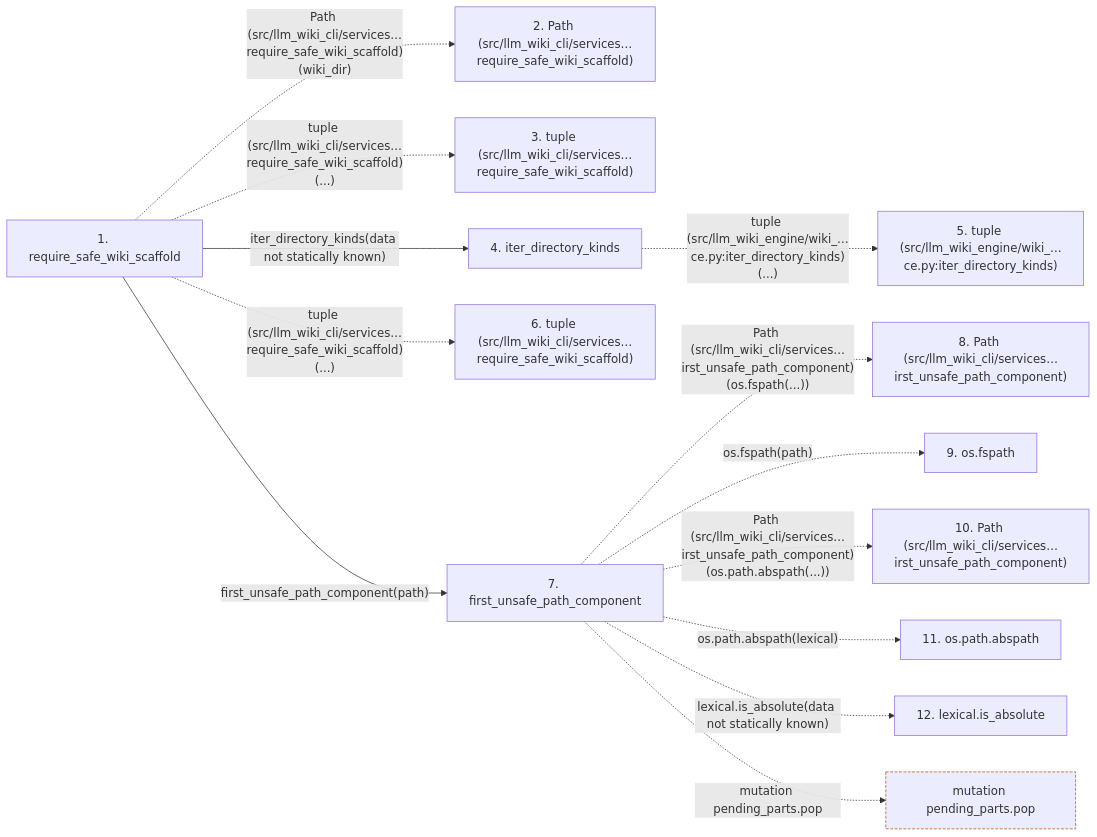
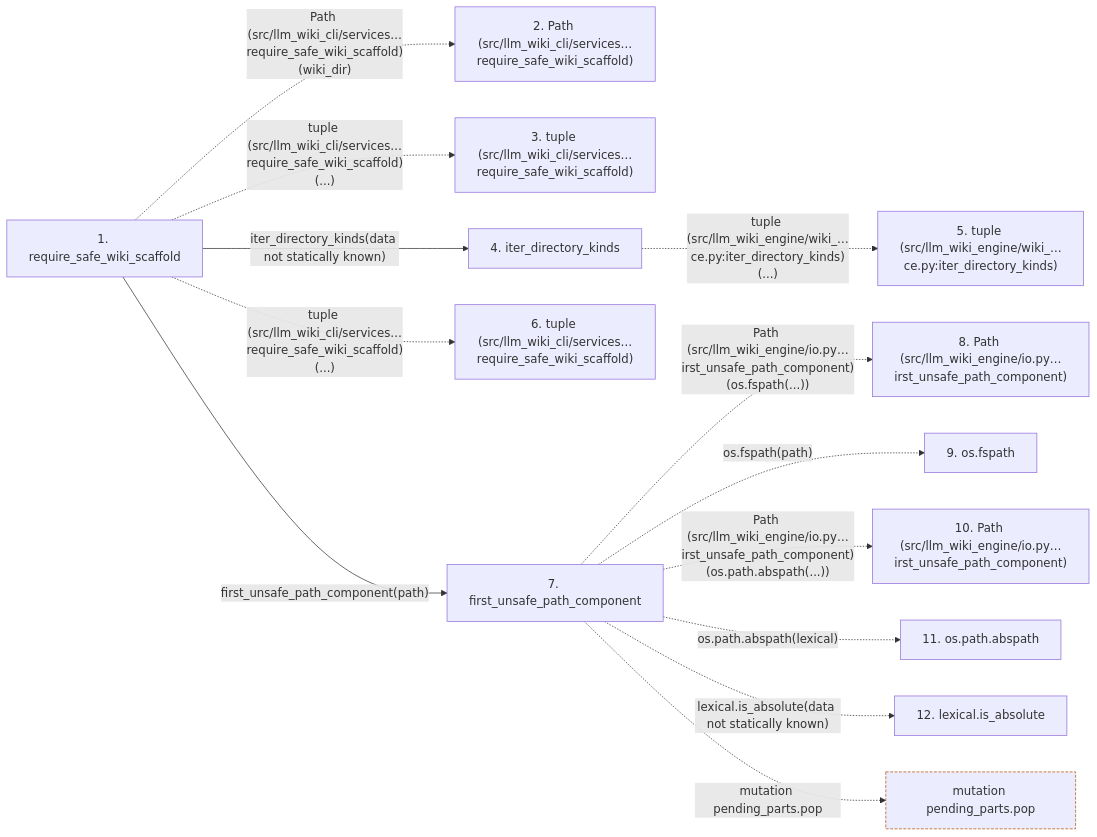
Before and after one commit to Denissvgn/python-wiki-llm: the second of 2 diagrams in docs/llm_wiki/flows/api-require_safe_wiki_scaffold.md, drawn with Mermaid. The commit also changed other lines of this file and 739 other files, not shown here.

First line of the commit message:
docs: refresh the wiki for the second engine batch

````diff
--- a/docs/llm_wiki/flows/api-require_safe_wiki_scaffold.md
+++ b/docs/llm_wiki/flows/api-require_safe_wiki_scaffold.md
@@ -115,33 +115,33 @@
 ```mermaid
 flowchart LR
     s1["1. require_safe_wiki_scaffold"]
     s2["2. Path (src/llm_wiki_cli/services…require_safe_wiki_scaffold)"]
     s3["3. tuple (src/llm_wiki_cli/services…require_safe_wiki_scaffold)"]
     s4["4. iter_directory_kinds"]
     s5["5. tuple (src/llm_wiki_engine/wiki_…ce.py:iter_directory_kinds)"]
     s6["6. tuple (src/llm_wiki_cli/services…require_safe_wiki_scaffold)"]
     s7["7. first_unsafe_path_component"]
-    s8["8. Path (src/llm_wiki_cli/services…irst_unsafe_path_component)"]
+    s8["8. Path (src/llm_wiki_engine/io.py…irst_unsafe_path_component)"]
     s9["9. os.fspath"]
-    s10["10. Path (src/llm_wiki_cli/services…irst_unsafe_path_component)"]
+    s10["10. Path (src/llm_wiki_engine/io.py…irst_unsafe_path_component)"]
     s11["11. os.path.abspath"]
     s12["12. lexical.is_absolute"]
     s1 -. "Path (src/llm_wiki_cli/services…require_safe_wiki_scaffold)(wiki_dir)" .-> s2
     s1 -. "tuple (src/llm_wiki_cli/services…require_safe_wiki_scaffold)(...)" .-> s3
     s1 -->|"iter_directory_kinds(data not statically known)"| s4
     s4 -. "tuple (src/llm_wiki_engine/wiki_…ce.py:iter_directory_kinds)(...)" .-> s5
     s1 -. "tuple (src/llm_wiki_cli/services…require_safe_wiki_scaffold)(...)" .-> s6
     s1 -->|"first_unsafe_path_component(path)"| s7
-    s7 -. "Path (src/llm_wiki_cli/services…irst_unsafe_path_component)(os.fspath(...))" .-> s8
+    s7 -. "Path (src/llm_wiki_engine/io.py…irst_unsafe_path_component)(os.fspath(...))" .-> s8
     s7 -. "os.fspath(path)" .-> s9
-    s7 -. "Path (src/llm_wiki_cli/services…irst_unsafe_path_component)(os.path.abspath(...))" .-> s10
+    s7 -. "Path (src/llm_wiki_engine/io.py…irst_unsafe_path_component)(os.path.abspath(...))" .-> s10
     s7 -. "os.path.abspath(lexical)" .-> s11
     s7 -. "lexical.is_absolute(data not statically known)" .-> s12
     b0["mutation pending_parts.pop"]
     s7 -. "mutation pending_parts.pop" .-> b0
     click s1 "../modules/wiki_lifecycle.md"
     click s4 "../modules/wiki_surface.md"
     click s7 "../modules/io.md"
     classDef boundary stroke:#b45309,stroke-dasharray: 4 2
     class b0 boundary
 ```
````
